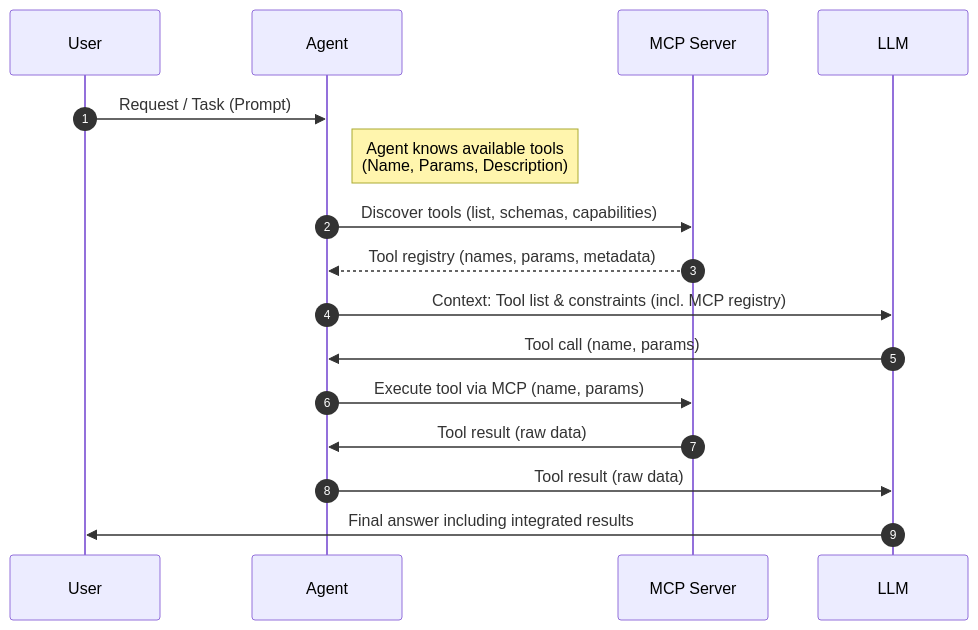
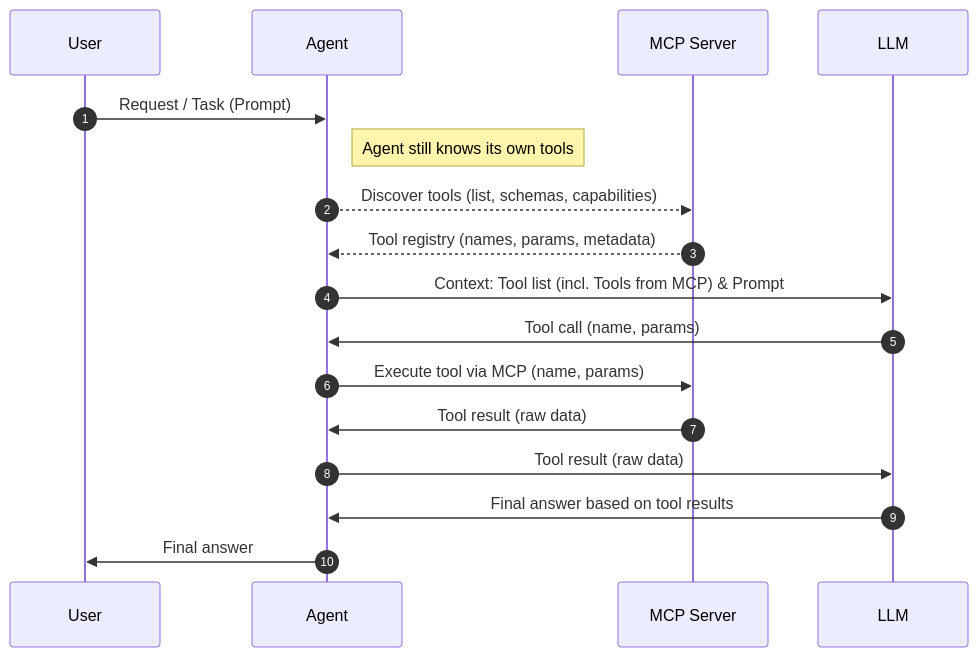
One commit to ase-training-zhr-jun-pub/agentic-se-slides changed the second of 2 diagrams in slides/01-basics/tools-and-mcp/slides.md. Above: the diagram before and after it, drawn with Mermaid. The commit also changed other lines of this file, not shown here.

First line of the commit message:
Refine Tool-Use and MCP sequence diagrams

````diff
--- a/slides/01-basics/tools-and-mcp/slides.md
+++ b/slides/01-basics/tools-and-mcp/slides.md
@@ -103,20 +109,21 @@
-```mermaid
+```mermaid {scale: 0.5}
 sequenceDiagram
   participant U as User
   participant A as Agent
   participant S as MCP Server
   participant L as LLM
 
   autonumber
 
   U ->> A: Request / Task (Prompt)
-  Note right of A: Agent knows available tools<br/>(Name, Params, Description)
-  A ->> S: Discover tools (list, schemas, capabilities)
+  Note right of A: Agent still knows its own tools
+  A -->> S: Discover tools (list, schemas, capabilities)
   S -->> A: Tool registry (names, params, metadata)
-  A ->> L: Context: Tool list & constraints (incl. MCP registry)
+  A ->> L: Context: Tool list (incl. Tools from MCP) & Prompt 
   L ->> A: Tool call (name, params)
   A ->> S: Execute tool via MCP (name, params)
   S ->> A: Tool result (raw data)
   A ->> L: Tool result (raw data)
-  L ->> U: Final answer including integrated results
+  L ->> A: Final answer based on tool results
+  A ->> U: Final answer
 ```
````
